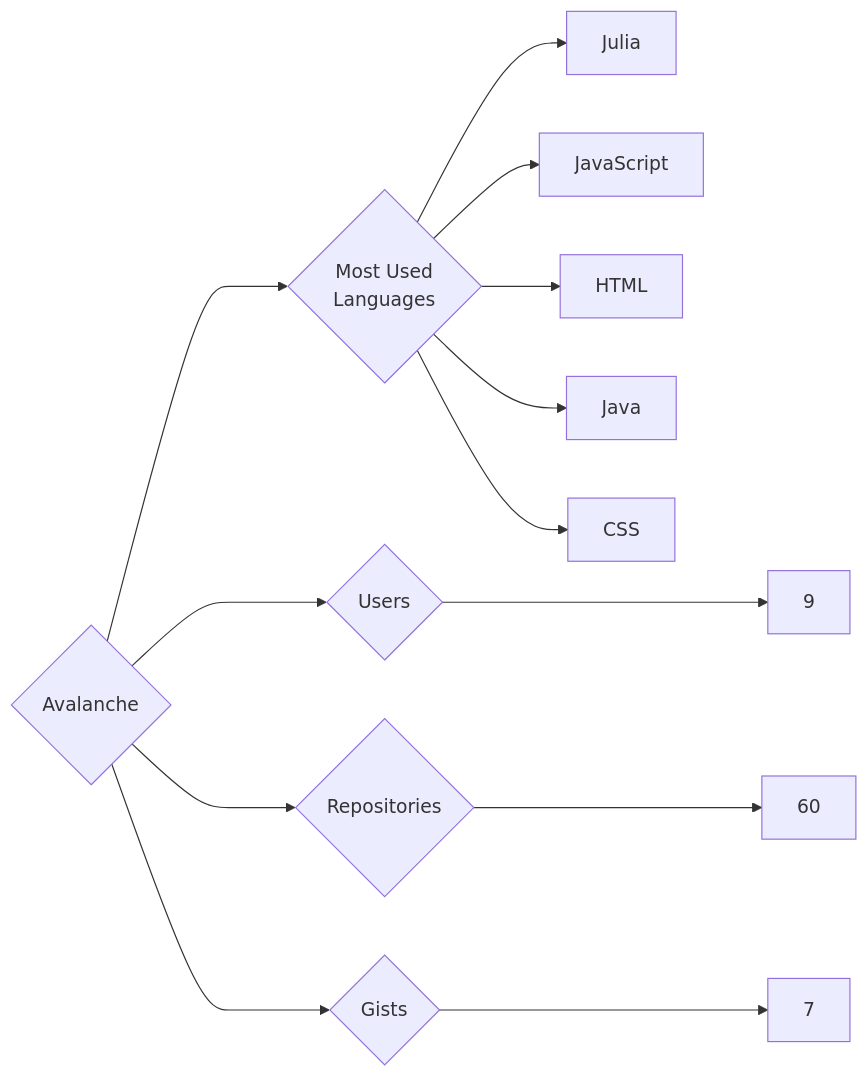
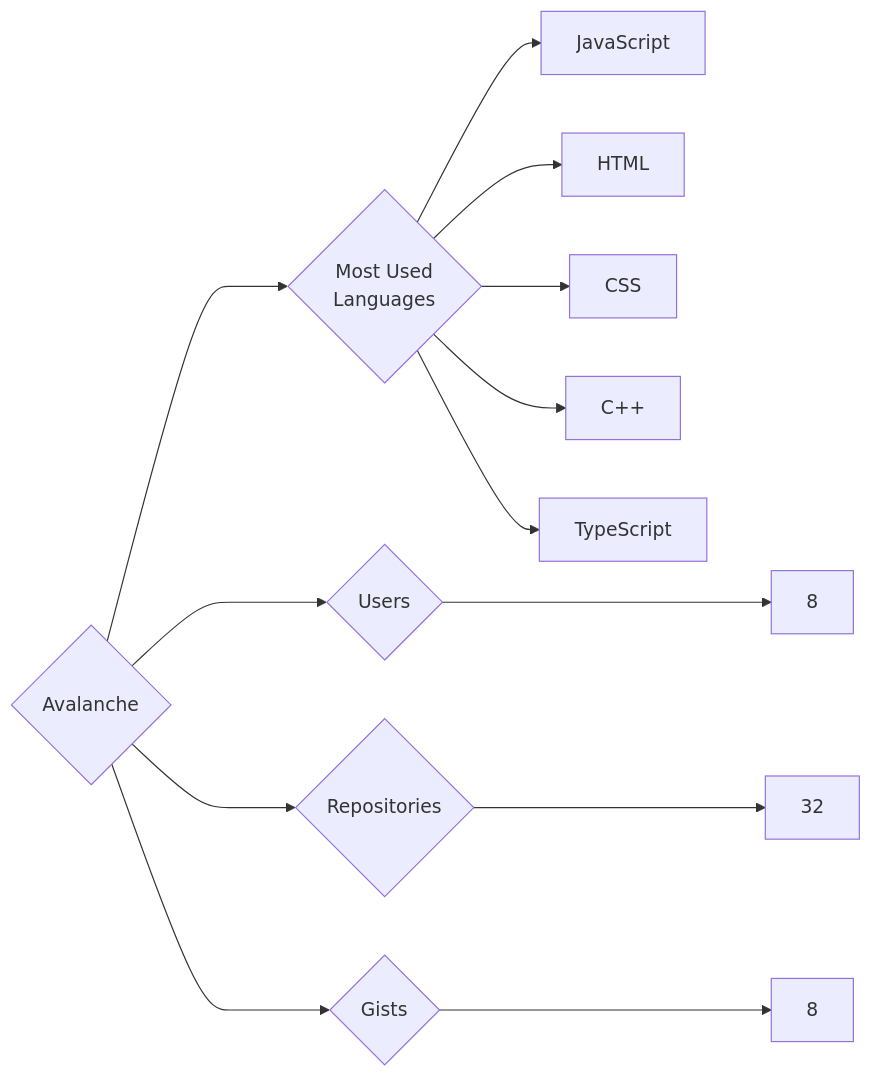
One commit to trickest/insiders changed the diagram in targets/Avalanche/README.md. Above: the diagram before and after it, drawn with Mermaid. The commit also changed 985 other files, not shown here.

````diff
--- a/targets/Avalanche/README.md
+++ b/targets/Avalanche/README.md
@@ -3,13 +3,13 @@
 ```mermaid
 graph LR
 COMPANY_NAME{Avalanche}
-COMPANY_NAME ---> U{Users} ---> UN[9]
-COMPANY_NAME ---> R{Repositories} ---> RN[60]
-COMPANY_NAME ---> G{Gists} ---> GN[7]
+COMPANY_NAME ---> U{Users} ---> UN[8]
+COMPANY_NAME ---> R{Repositories} ---> RN[32]
+COMPANY_NAME ---> G{Gists} ---> GN[8]
 COMPANY_NAME ---> ML{Most Used<br>Languages}
-ML --> Julia[Julia]
 ML --> JavaScript[JavaScript]
 ML --> HTML[HTML]
-ML --> Java[Java]
 ML --> CSS[CSS]
+ML --> C++[C++]
+ML --> TypeScript[TypeScript]
 ```
````
